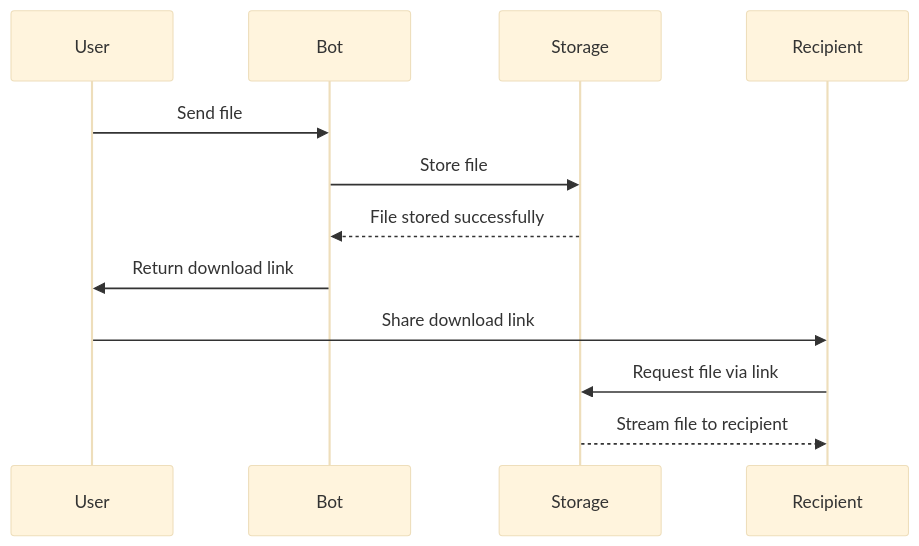
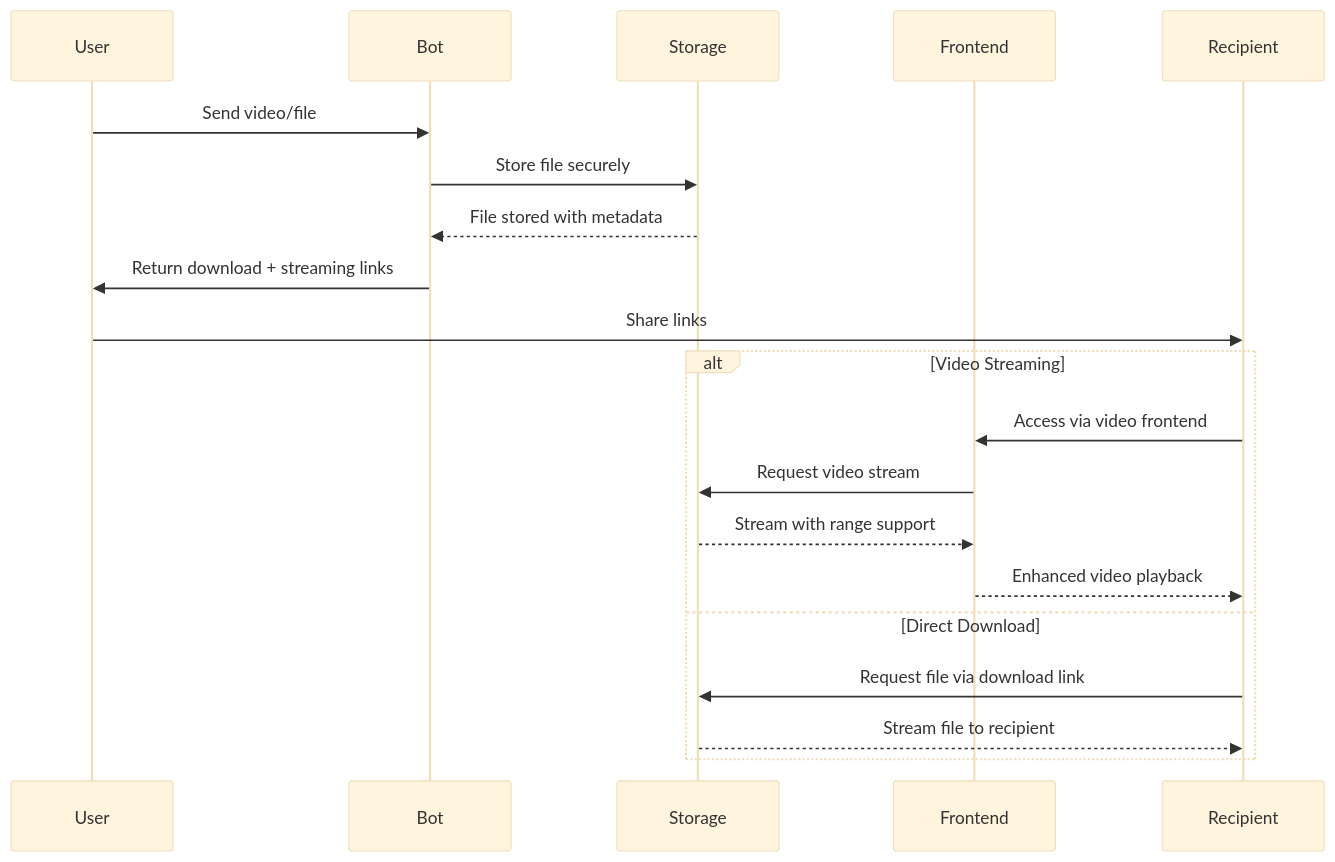
Before and after one commit to AnikethJana/Telegram-Download-Link-Generator: the diagram in docs/getting-started/introduction.md, drawn with Mermaid (base theme). The commit also changed other lines of this file and 20 other files, not shown here.

````diff
--- a/docs/getting-started/introduction.md
+++ b/docs/getting-started/introduction.md
@@ -62,15 +78,24 @@
 ```mermaid
 sequenceDiagram
     participant User
     participant Bot
     participant Storage
+    participant Frontend
     participant Recipient
     
-    User->>Bot: Send file
-    Bot->>Storage: Store file
-    Storage-->>Bot: File stored successfully
-    Bot->>User: Return download link
-    User->>Recipient: Share download link
-    Recipient->>Storage: Request file via link
-    Storage-->>Recipient: Stream file to recipient
+    User->>Bot: Send video/file
+    Bot->>Storage: Store file securely
+    Storage-->>Bot: File stored with metadata
+    Bot->>User: Return download + streaming links
+    User->>Recipient: Share links
+    
+    alt Video Streaming
+        Recipient->>Frontend: Access via video frontend
+        Frontend->>Storage: Request video stream
+        Storage-->>Frontend: Stream with range support
+        Frontend-->>Recipient: Enhanced video playback
+    else Direct Download
+        Recipient->>Storage: Request file via download link
+        Storage-->>Recipient: Stream file to recipient
+    end
 ```
````
